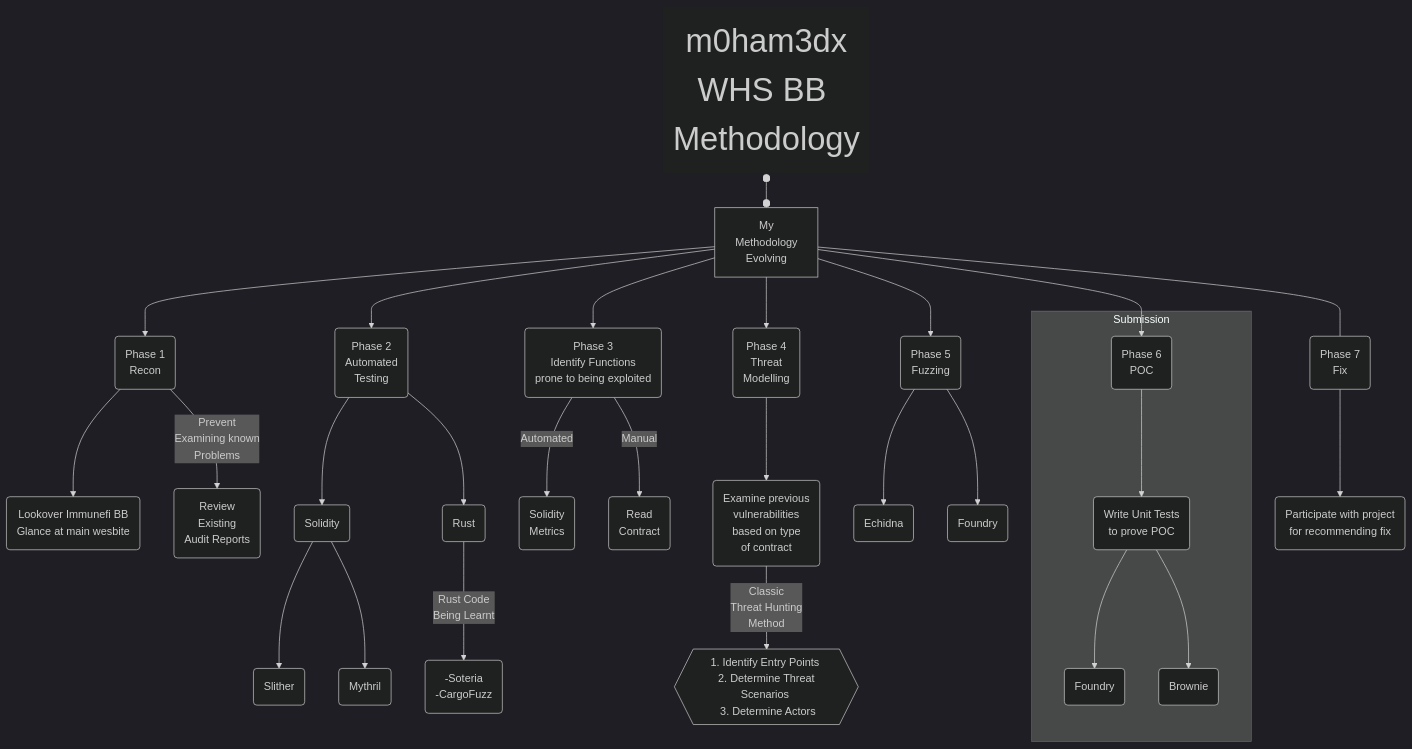
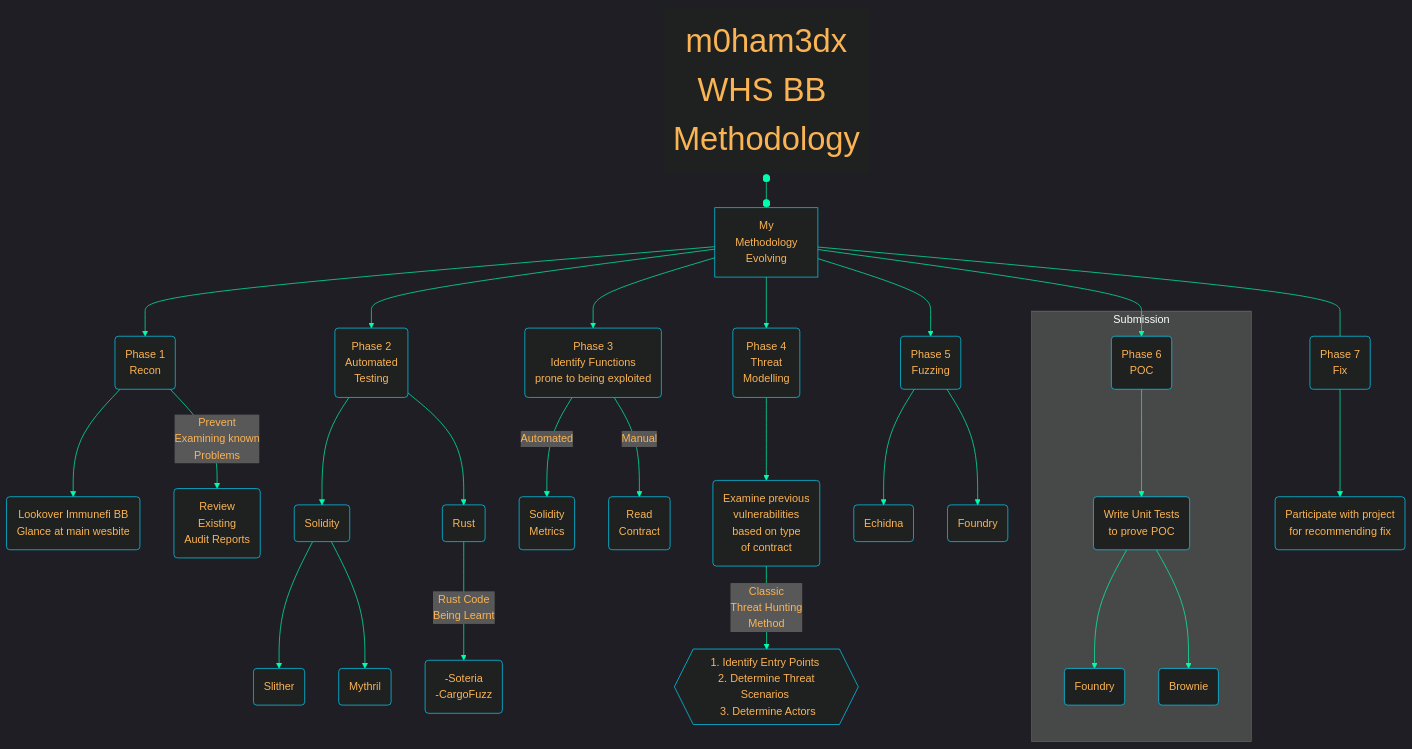
The second of 4 diagrams in b1/src/c2.md (m0ham3dx/Immunefi-WHS-Report), drawn with Mermaid before and after one commit. The commit also changed other lines of this file and 3 other files, not shown here.

Commit message:
Revision edits diagram icons

````diff
--- a/b1/src/c2.md
+++ b/b1/src/c2.md
@@ -53,51 +53,51 @@
 ```mermaid
-%%{init: {'theme':'dark'}}%%
+%%{init: {'theme':'dark', 'themeVariables':{'textColor':'#FBB454', 'nodeBorder':'#00D7FF', 'lineColor':'#00FFAB'}}}%%
 flowchart TD
 
     %% Header box
     MX(<font size=20px>m0ham3dx<br>WHS BB Methodology) o--oA 
             style MX stroke-width:0px
 
     %% Phase 1 
         A[My<br>Methodology<br>Evolving]-->B(Phase 1 <br> Recon)
         B --> B1(Lookover Immunefi BB <br> Glance at main wesbite)
         B --Prevent<br>Examining known<br>Problems --> B2(Review<br>Existing<br>Audit Reports )
 
     %% Phase 2 
         A --> C(Phase 2<br>Automated<br>Testing)
         C --> C1(Solidity<br>)
             C1 --> C11(Slither )
             C1 --> C12(Mythril )
         C --> C2(Rust<br>)
             C2 --Rust Code<br> Being Learnt  --> C21( -Soteria<br> -CargoFuzz )
 
     %% Phase 3 Identify Vulnerbale Function Boxes 
         A --> D(Phase 3<br> Identify Functions<br> prone to being exploited )
             D --Automated --> D1(Solidity<br>Metrics )
             D --Manual --> D2(Read<br>Contract )
 
     %% Phase 4 - Threat Modeling 
         A --> E(Phase 4<br>Threat<br>Modelling )
             E --> E1(Examine previous<br>vulnerabilities <br> based on type<br>of contract )
             E1 --Classic<br>Threat Hunting<br>Method <br>--> E2{{1. Identify Entry Points <br> 2. Determine Threat Scenarios <br> 3. Determine Actors }}
                     click E href "https://www.w3bs3c.com/list?recordId=recWW7im5o9S9uaDF" _blank
 
     %% Phase 5 Fuzzing 
         A --> F(Phase 5<br>Fuzzing )
             F --> F1(Echidna<br>)
             F --> F2(Foundry<br>)
                         click F2 href "https://book.getfoundry.sh/forge/fuzz-testing.html" _blank
 
     %% Phase 6 
         A --> G(Phase 6 <br> POC )
             subgraph Submission
                 G --> G1(Write Unit Tests<br>to prove POC )
                 G1 --> G2(Foundry )
                         click G2 href "https://book.getfoundry.sh/forge/writing-tests.html" _blank
                 G1 --> G3(Brownie )
             end
 
     %% Phase 7 
         A---H(Phase 7 <br> Fix  )
             H-->H1(Participate with project <br> for recommending fix )
 ```
````
